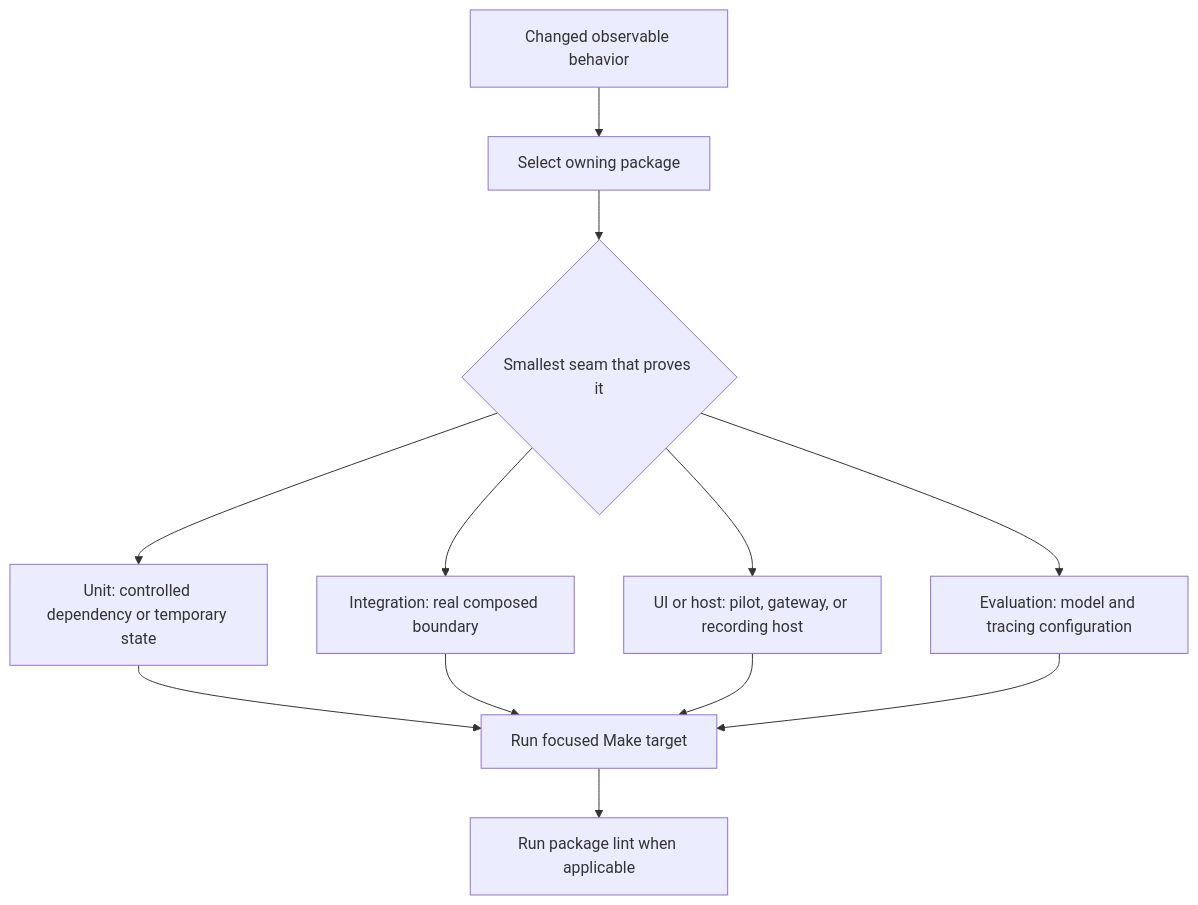
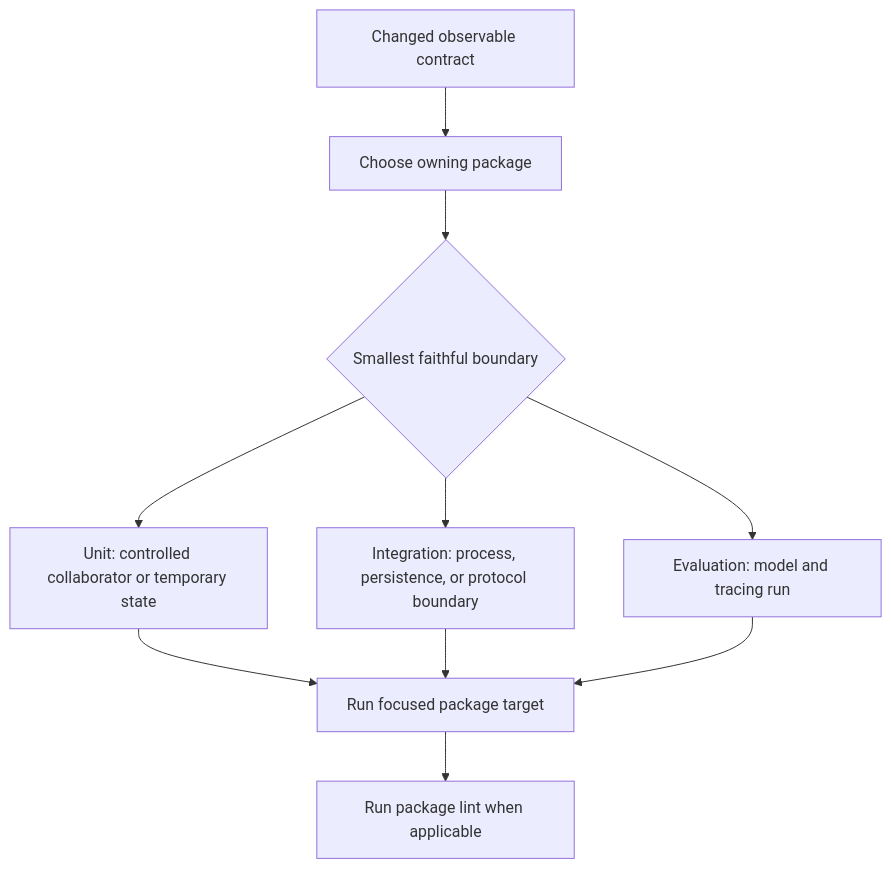
The first of 2 diagrams in openwiki/testing/testing-guide.md (langchain-ai/deepagents), drawn with Mermaid before and after one commit. The commit also changed other lines of this file and 53 other files, not shown here.

````diff
--- a/openwiki/testing/testing-guide.md
+++ b/openwiki/testing/testing-guide.md
@@ -47,14 +63,12 @@
 ```mermaid
 flowchart TD
-    Change["Changed observable behavior"] --> Owner["Select owning package"]
-    Owner --> Seam{"Smallest seam that proves it"}
-    Seam --> Unit["Unit: controlled dependency or temporary state"]
-    Seam --> Integration["Integration: real composed boundary"]
-    Seam --> UI["UI or host: pilot, gateway, or recording host"]
-    Seam --> Eval["Evaluation: model and tracing configuration"]
-    Unit --> Run["Run focused Make target"]
-    Integration --> Run
-    UI --> Run
-    Eval --> Run
-    Run --> Lint["Run package lint when applicable"]
+    Change["Changed observable contract"] --> Owner["Choose owning package"]
+    Owner --> Decision{"Smallest faithful boundary"}
+    Decision --> Unit["Unit: controlled collaborator or temporary state"]
+    Decision --> Process["Integration: process, persistence, or protocol boundary"]
+    Decision --> Eval["Evaluation: model and tracing run"]
+    Unit --> Target["Run focused package target"]
+    Process --> Target
+    Eval --> Target
+    Target --> Lint["Run package lint when applicable"]
 ```
````
